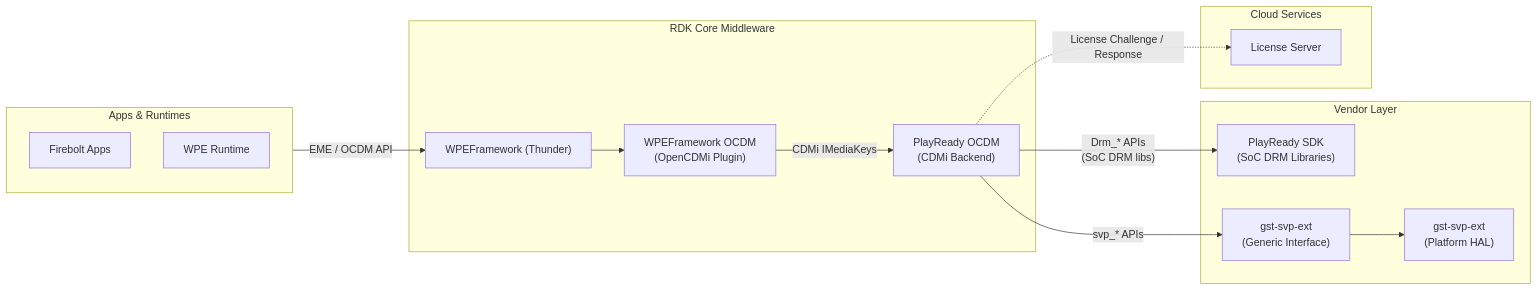
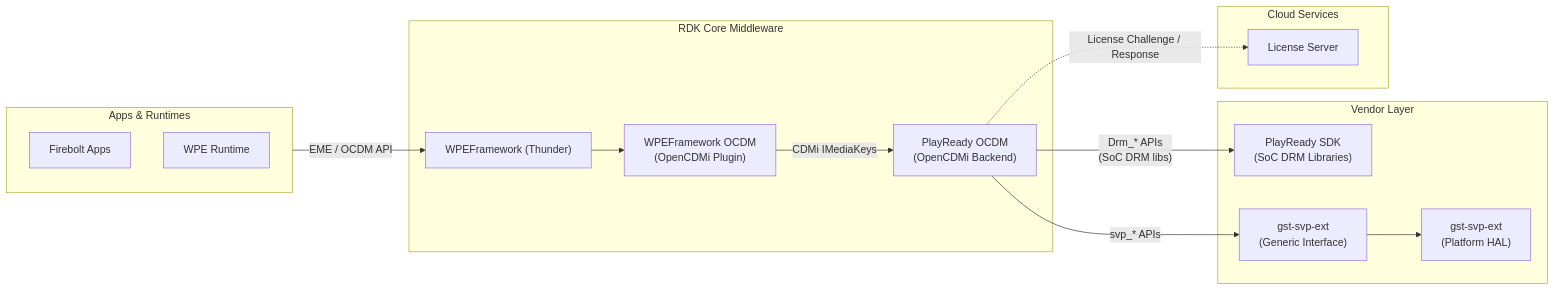
One commit to gourivarma3/playready-rdk changed the first of 8 diagrams in docs/README.md. Above: the diagram before and after it, drawn with Mermaid. The commit also changed other lines of this file, not shown here.

````diff
--- a/docs/README.md
+++ b/docs/README.md
@@ -11,35 +11,35 @@
 ```mermaid
 flowchart LR
 
 %% Apps Layer
     subgraph Apps["Apps & Runtimes"]
         FireboltApps["Firebolt Apps"]
         WPERuntime["WPE Runtime"]
     end
 
 %% Middleware
     subgraph RDKMW["RDK Core Middleware"]
         OCDM["WPEFramework OCDM\n(OpenCDMi Plugin)"]
-        PR["PlayReady OCDM\n(CDMi Backend)"]
+        PR["PlayReady OCDM\n(OpenCDMi Backend)"]
         Thunder["WPEFramework (Thunder)"]
     end
 
 %% Vendor Layer
     subgraph VL["Vendor Layer"]
         PlayReadySDK["PlayReady SDK\n(SoC DRM Libraries)"]
         SvpGeneric["gst-svp-ext\n(Generic Interface)"]
         SvpHAL["gst-svp-ext\n(Platform HAL)"]
         SvpGeneric --> SvpHAL
     end
 
     subgraph Cloud["Cloud Services"]
         LicenseServer["License Server"]
     end
 
     Apps -->|"EME / OCDM API"| Thunder
     Thunder --> OCDM
     OCDM -->|"CDMi IMediaKeys"| PR
     PR -->|"Drm_* APIs\n(SoC DRM libs)"| PlayReadySDK
     PR -->|"svp_* APIs"| SvpGeneric
     PR -.->|"License Challenge / Response"| LicenseServer
 ```
````
